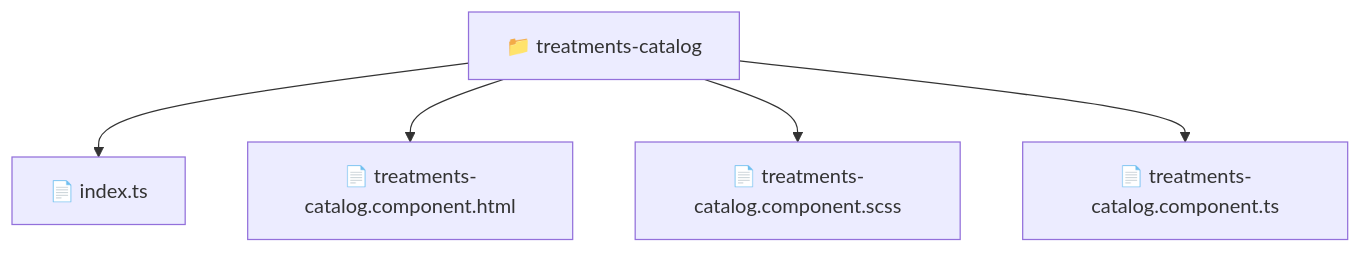
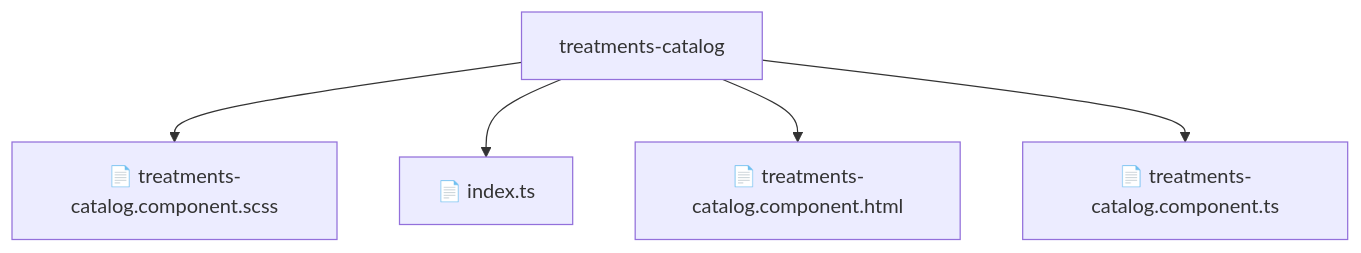
Before and after one commit to beginwebdev2002/fullstack-mavluda: the diagram in frontend/src/pages/treatments-catalog/README.md, drawn with Mermaid. The commit also changed other lines of this file and 155 other files, not shown here.

````diff
--- a/frontend/src/pages/treatments-catalog/README.md
+++ b/frontend/src/pages/treatments-catalog/README.md
@@ -10,8 +14,8 @@
 ```mermaid
 graph TD
-  Root["📁 treatments-catalog"]
-  Root --> indexts["📄 index.ts"]
-  Root --> treatmentscatalogcomponenthtml["📄 treatments-catalog.component.html"]
-  Root --> treatmentscatalogcomponentscss["📄 treatments-catalog.component.scss"]
-  Root --> treatmentscatalogcomponentts["📄 treatments-catalog.component.ts"]
+    Root[treatments-catalog]
+    Root --> F0[📄 treatments-catalog.component.scss]
+    Root --> F1[📄 index.ts]
+    Root --> F2[📄 treatments-catalog.component.html]
+    Root --> F3[📄 treatments-catalog.component.ts]
 ```
````
